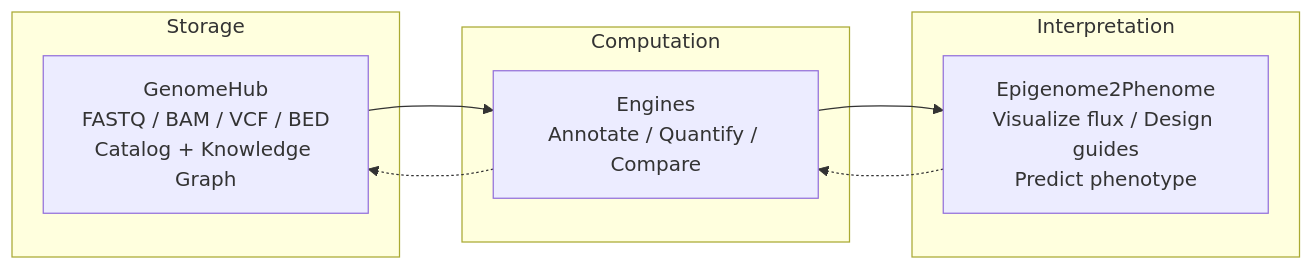
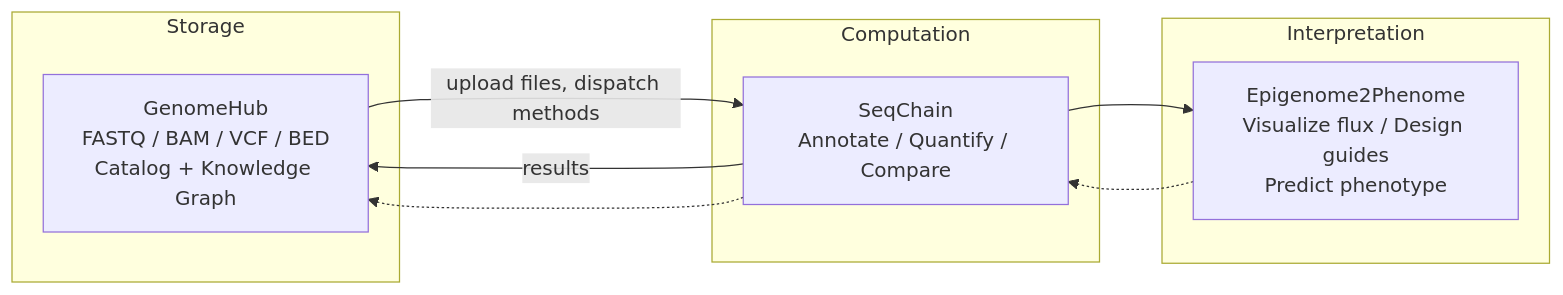
The diagram in README.md (Nurture-Bio/GenomeHub), drawn with Mermaid before and after one commit. The commit also changed other lines of this file and 7 other files, not shown here.

````diff
--- a/README.md
+++ b/README.md
@@ -225,15 +239,17 @@
 ```mermaid
 flowchart LR
     subgraph Storage
         GH[GenomeHub<br/>FASTQ / BAM / VCF / BED<br/>Catalog + Knowledge Graph]
     end
     subgraph Computation
-        SC[Engines<br/>Annotate / Quantify / Compare]
+        SC[SeqChain<br/>Annotate / Quantify / Compare]
     end
     subgraph Interpretation
         E2P[Epigenome2Phenome<br/>Visualize flux / Design guides<br/>Predict phenotype]
     end
 
-    GH --> SC --> E2P
+    GH -->|upload files, dispatch methods| SC
+    SC -->|results| GH
+    SC --> E2P
     E2P -.-> SC -.-> GH
 ```
````
